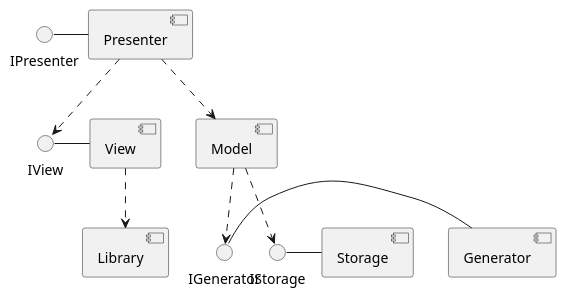
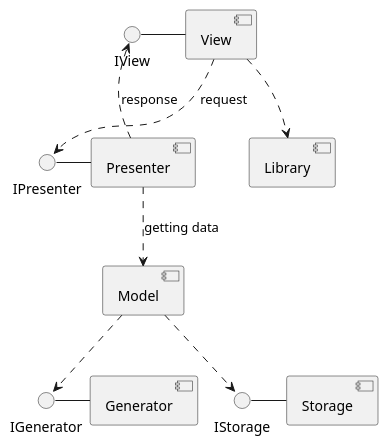
The diagram in doc/uml/components.pu (TraningCenter2018-2019/O_A_Tekuchev_first_task), drawn with PlantUML before and after one commit. The commit also changed 1 other file, not shown here.

Commit message:
modifies component diagram, adds not finished class diagram

```diff
--- a/doc/uml/components.pu
+++ b/doc/uml/components.pu
@@ -1,25 +1,26 @@
 @startuml
     interface "IView"
     interface "IPresenter"
     interface "IGenerator"
     interface "IStorage"
 
     component [View]
     component [Presenter]
     component [Model]
     component [Storage]
     component [Generator]
     component [Library]
 
     IView - View
     IPresenter - Presenter
     IGenerator - Generator
     IStorage - Storage
     
-    Presenter ..> IView    
-    Presenter ..> Model
+    Presenter ..> IView : response   
+    Presenter ..> Model : "getting data"
     Model ..> IStorage
     Model ..> IGenerator
     View ..> Library
+    View ..> IPresenter : request
 
 @enduml
```
